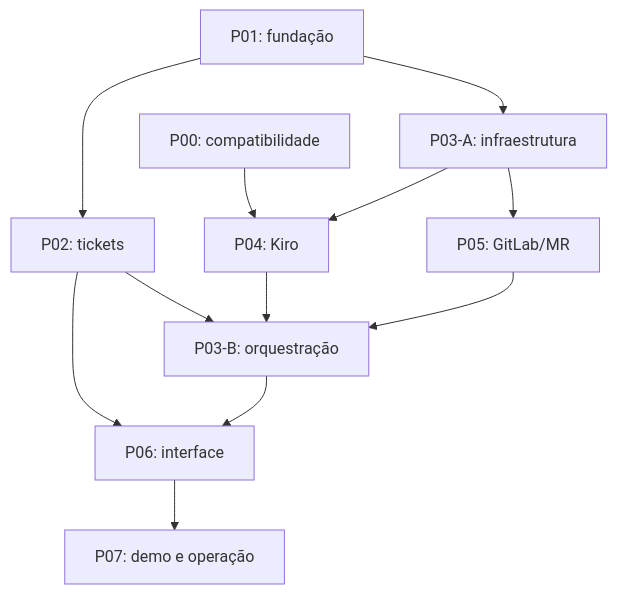
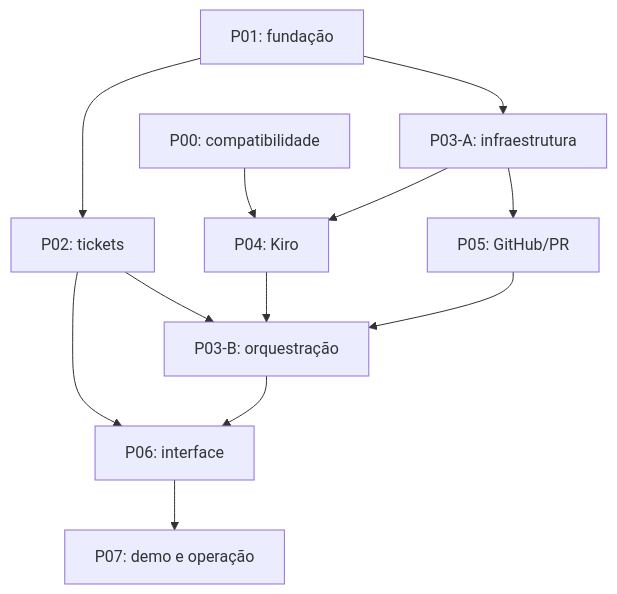
The diagram in .kiro/specs/resolva-mvp/docs/divisao-trabalho.md (SENAI-IA/iapd-26t3-e05-resolva), drawn with Mermaid before and after one commit. The commit also changed other lines of this file and 18 other files, not shown here.

Commit message:
feat: integra GitHub CLI e Pull Requests

````diff
--- a/.kiro/specs/resolva-mvp/docs/divisao-trabalho.md
+++ b/.kiro/specs/resolva-mvp/docs/divisao-trabalho.md
@@ -45,14 +45,14 @@
 ```mermaid
 flowchart TD
   C["P00: compatibilidade"] --> K["P04: Kiro"]
   F["P01: fundação"] --> T["P02: tickets"]
   F --> A["P03-A: infraestrutura"]
   A --> K
-  A --> G["P05: GitLab/MR"]
+  A --> G["P05: GitHub/PR"]
   T --> B["P03-B: orquestração"]
   K --> B
   G --> B
   T --> U["P06: interface"]
   B --> U
   U --> D["P07: demo e operação"]
 ```
````
